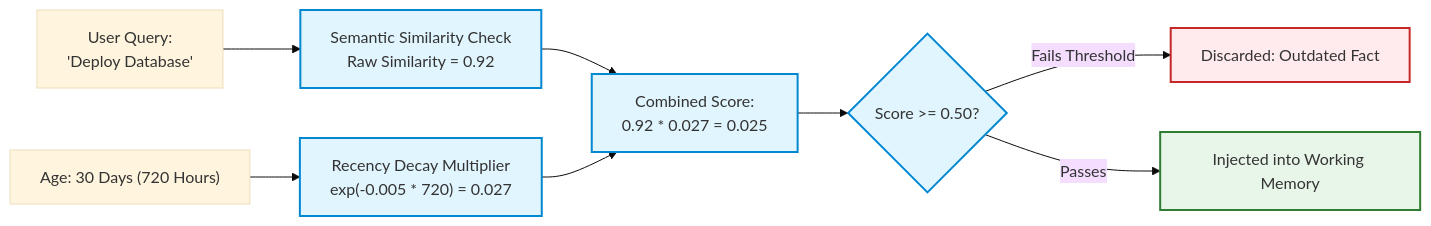
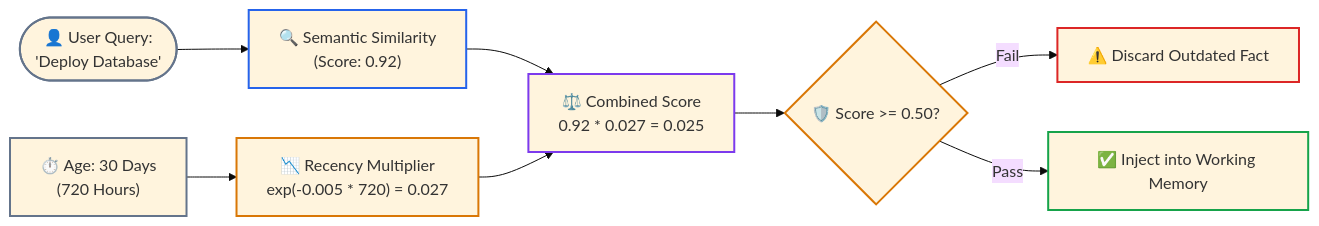
Before and after one commit to dip4k/senior-engineer-to-ai-engineer-roadmap: the third of 5 diagrams in 04-agentic-systems-and-orchestration/04-agent-memory-systems-and-cognitive-architectures.md, drawn with Mermaid (base theme). The commit also changed other lines of this file and 94 other files, not shown here.

Commit message:
refactor(curriculum): complete Phase 04 upgrade and enforce diagram renderer invariants

````diff
--- a/04-agentic-systems-and-orchestration/04-agent-memory-systems-and-cognitive-architectures.md
+++ b/04-agentic-systems-and-orchestration/04-agent-memory-systems-and-cognitive-architectures.md
@@ -110,15 +128,20 @@
 ```mermaid
 flowchart LR
-    classDef calc fill:#e1f5fe,stroke:#0288d1,stroke-width:2px;
-    classDef pass fill:#e8f5e9,stroke:#2e7d32,stroke-width:2px;
-    classDef drop fill:#ffebee,stroke:#c62828,stroke-width:2px;
+    Q(["👤 User Query:<br>'Deploy Database'"]) --> Sim["🔍 Semantic Similarity<br>(Score: 0.92)"]
+    Time["⏱️ Age: 30 Days<br>(720 Hours)"] --> Decay["📉 Recency Multiplier<br>exp(-0.005 * 720) = 0.027"]
+    
+    Sim & Decay --> Combine["⚖️ Combined Score<br>0.92 * 0.027 = 0.025"]
+    Combine --> Threshold{"🛡️ Score >= 0.50?"}
+    
+    Threshold -- "Fail" --> Drop["⚠️ Discard Outdated Fact"]
+    Threshold -- "Pass" --> Keep["✅ Inject into Working Memory"]
 
-    Q["User Query:\n'Deploy Database'"] --> Sim["Semantic Similarity Check\nRaw Similarity = 0.92"]:::calc
-    Time["Age: 30 Days (720 Hours)"] --> Decay["Recency Decay Multiplier\nexp(-0.005 * 720) = 0.027"]:::calc
-    
-    Sim & Decay --> Combine["Combined Score:\n0.92 * 0.027 = 0.025"]:::calc
-    Combine --> Threshold{"Score >= 0.50?"}:::calc
-    
-    Threshold -- "Fails Threshold" --> Drop["Discarded: Outdated Fact"]:::drop
-    Threshold -- "Passes" --> Keep["Injected into Working Memory"]:::pass
+    style Q stroke:#64748b,stroke-width:2px
+    style Sim stroke:#2563eb,stroke-width:2px
+    style Time stroke:#64748b,stroke-width:2px
+    style Decay stroke:#d97706,stroke-width:2px
+    style Combine stroke:#7c3aed,stroke-width:2px
+    style Threshold stroke:#d97706,stroke-width:2px
+    style Drop stroke:#dc2626,stroke-width:2px
+    style Keep stroke:#16a34a,stroke-width:2px
 ```
````
